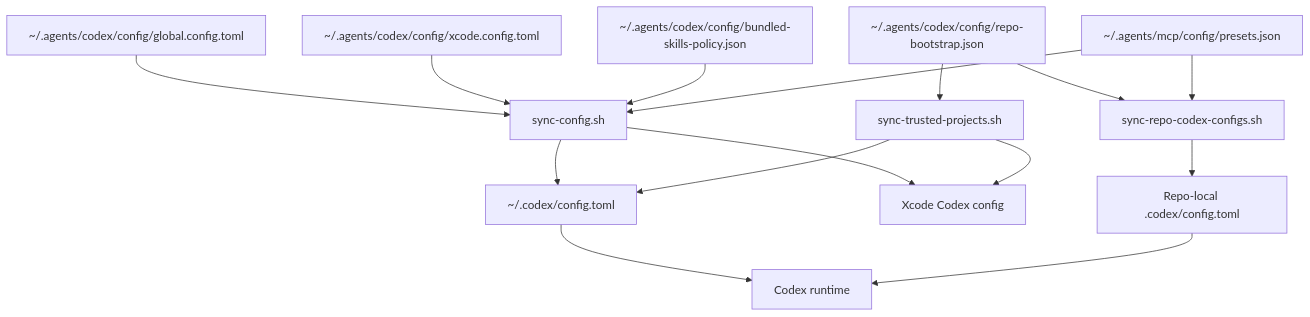
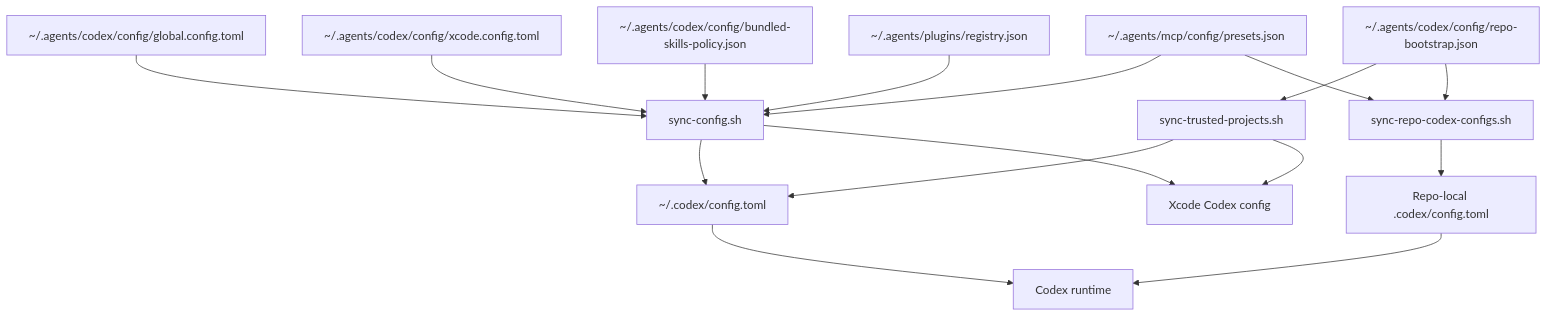
Before and after one commit to wisdom-in-a-nutshell/.agents: the diagram in docs/architecture/codex-config-layers.md, drawn with Mermaid. The commit also changed other lines of this file and 46 other files, not shown here.

````diff
--- a/docs/architecture/codex-config-layers.md
+++ b/docs/architecture/codex-config-layers.md
@@ -9,30 +9,32 @@
 ```mermaid
 flowchart TD
     A[~/.agents/codex/config/global.config.toml]
     B[~/.agents/codex/config/xcode.config.toml]
     C[~/.agents/codex/config/repo-bootstrap.json]
     D[~/.agents/mcp/config/presets.json]
+    P[~/.agents/plugins/registry.json]
     L[~/.agents/codex/config/bundled-skills-policy.json]
     E[sync-trusted-projects.sh]
     F[sync-repo-codex-configs.sh]
     K[sync-config.sh]
     G[~/.codex/config.toml]
     H[Xcode Codex config]
     I[Repo-local .codex/config.toml]
     J[Codex runtime]
 
     A --> K
     B --> K
     L --> K
     C --> E
     C --> F
     D --> K
     D --> F
+    P --> K
     K --> G
     K --> H
     E --> G
     E --> H
     F --> I
     G --> J
     I --> J
 ```
````
